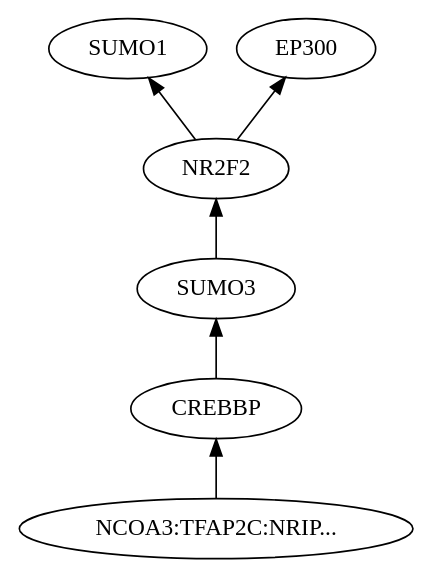
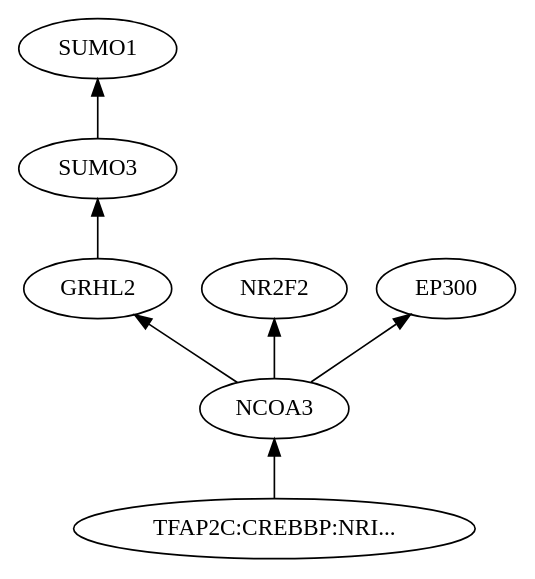
One commit to frogman141/NEMs_Pipeline changed the diagram in notebooks/nemplot.dot. Above: the diagram before and after it, drawn with Graphviz. The commit also changed 10 other files, not shown here.

```diff
--- a/notebooks/nemplot.dot
+++ b/notebooks/nemplot.dot
@@ -1,13 +1,15 @@
 digraph G {
  "SUMO1" ;
+ "SUMO3" ;
+ "GRHL2" ;
+ "NR2F2" ;
  "EP300" ;
- "NR2F2" ;
- "SUMO3" ;
- "CREBBP" ;
- "NCOA3:TFAP2C:NRIP..." ;
- edge [dir=back] "SUMO1" -> "NR2F2" ;
- edge [dir=back] "EP300" -> "NR2F2" ;
- edge [dir=back] "NR2F2" -> "SUMO3" ;
- edge [dir=back] "SUMO3" -> "CREBBP" ;
- edge [dir=back] "CREBBP" -> "NCOA3:TFAP2C:NRIP..." ;
+ "NCOA3" ;
+ "TFAP2C:CREBBP:NRI..." ;
+ edge [dir=back] "SUMO1" -> "SUMO3" ;
+ edge [dir=back] "SUMO3" -> "GRHL2" ;
+ edge [dir=back] "GRHL2" -> "NCOA3" ;
+ edge [dir=back] "NR2F2" -> "NCOA3" ;
+ edge [dir=back] "EP300" -> "NCOA3" ;
+ edge [dir=back] "NCOA3" -> "TFAP2C:CREBBP:NRI..." ;
 }
```
